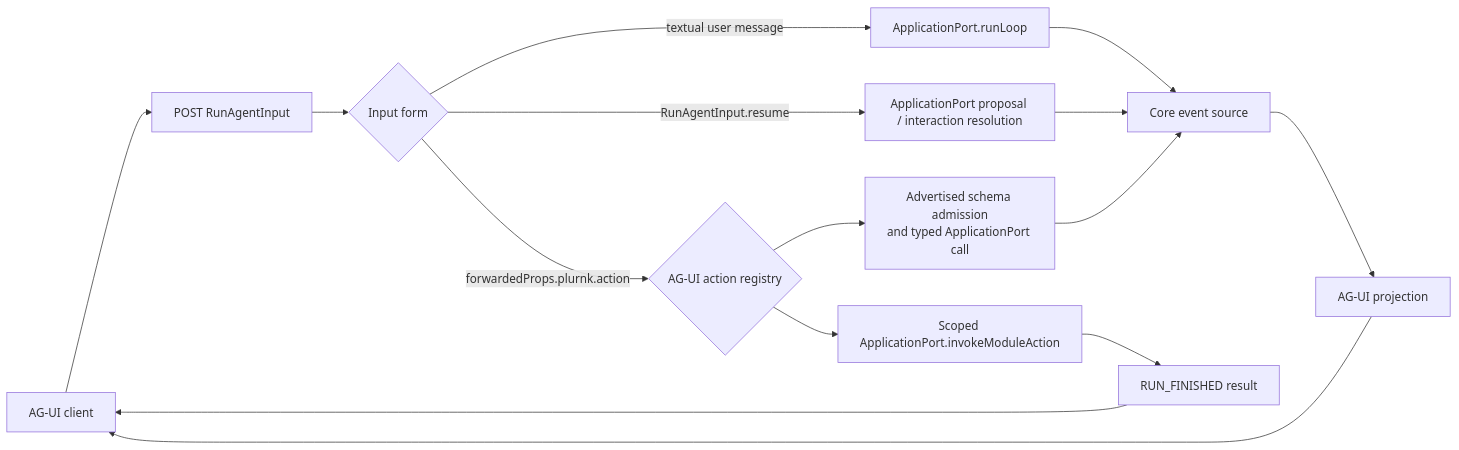
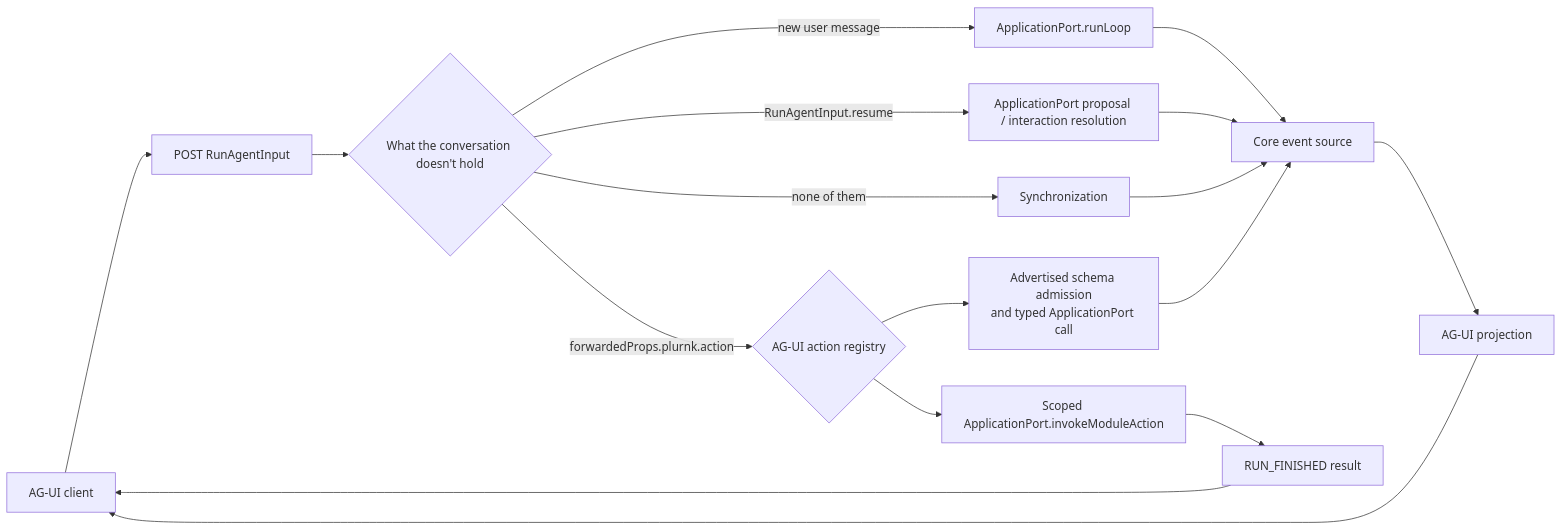
The diagram in plurnk-agui/SPEC.md (plurnk/plurnk-service), drawn with Mermaid before and after one commit. The commit also changed other lines of this file and 10 other files, not shown here.

Commit message:
feat(agui)!: a Run's input is what its conversation doesn't hold; sync mode retires (#1141)

````diff
--- a/plurnk-agui/SPEC.md
+++ b/plurnk-agui/SPEC.md
@@ -494,17 +496,19 @@
 ```mermaid
 flowchart LR
     client["AG-UI client"] --> run["POST RunAgentInput"]
-    run --> classify{"Input form"}
-    classify -->|"textual user message"| loop["ApplicationPort.runLoop"]
+    run --> classify{"What the conversation doesn't hold"}
+    classify -->|"new user message"| loop["ApplicationPort.runLoop"]
     classify -->|"RunAgentInput.resume"| resume["ApplicationPort proposal / interaction resolution"]
     classify -->|"forwardedProps.plurnk.action"| actions{"AG-UI action registry"}
+    classify -->|"none of them"| sync["Synchronization"]
     actions --> builtIn["Advertised schema admission<br/>and typed ApplicationPort call"]
     actions --> extension["Scoped ApplicationPort.invokeModuleAction"]
     loop --> events["Core event source"]
     resume --> events
+    sync --> events
     builtIn --> events
     events --> projection["AG-UI projection"]
     extension --> result["RUN_FINISHED result"]
     projection --> client
     result --> client
 ```
````
